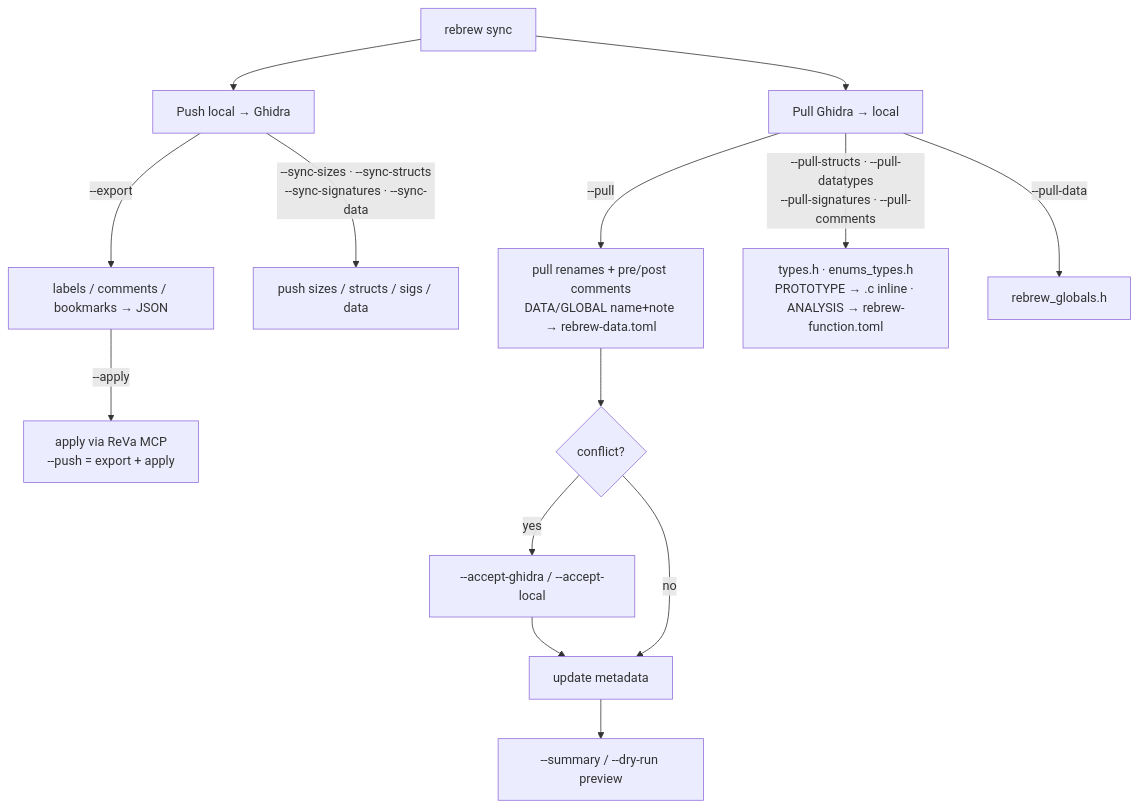
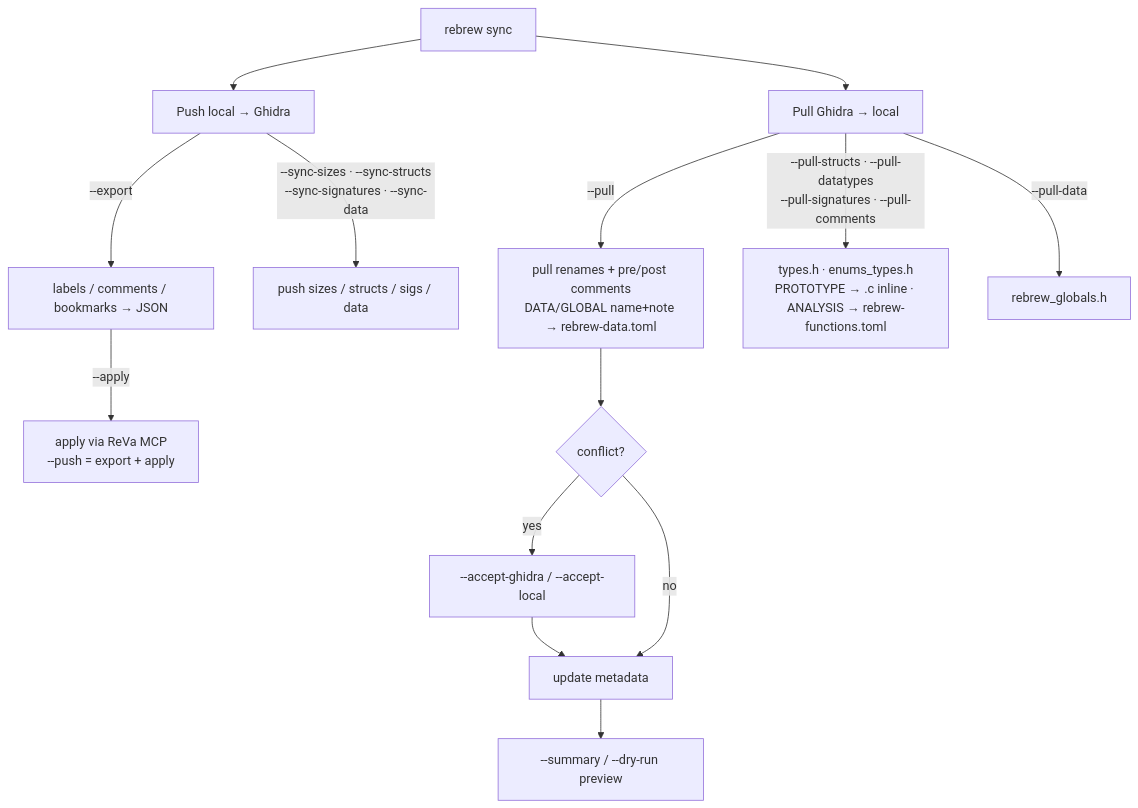
Before and after one commit to maci0/rebrew: the diagram in docs/GHIDRA_SYNC.md, drawn with Mermaid. The commit also changed other lines of this file and 99 other files, not shown here.

First line of the commit message:
refactor: rename rebrew-function.toml -> rebrew-functions.toml

````diff
--- a/docs/GHIDRA_SYNC.md
+++ b/docs/GHIDRA_SYNC.md
@@ -8,16 +8,16 @@
 ```mermaid
 graph TD
     Sync[rebrew sync] --> Push[Push local → Ghidra]
     Push -->|--export| Json[labels / comments / bookmarks → JSON]
     Json -->|--apply| MCP[apply via ReVa MCP<br/>--push = export + apply]
     Push -->|--sync-sizes · --sync-structs<br/>--sync-signatures · --sync-data| DTM[push sizes / structs / sigs / data]
     Sync --> Pull[Pull Ghidra → local]
     Pull -->|--pull| Renames[pull renames + pre/post comments<br/>DATA/GLOBAL name+note → rebrew-data.toml]
-    Pull -->|--pull-structs · --pull-datatypes<br/>--pull-signatures · --pull-comments| Headers[types.h · enums_types.h<br/>PROTOTYPE → .c inline · ANALYSIS → rebrew-function.toml]
+    Pull -->|--pull-structs · --pull-datatypes<br/>--pull-signatures · --pull-comments| Headers[types.h · enums_types.h<br/>PROTOTYPE → .c inline · ANALYSIS → rebrew-functions.toml]
     Pull -->|--pull-data| GlobalsH[rebrew_globals.h]
     Renames --> Conflict{conflict?}
     Conflict -->|yes| Decide[--accept-ghidra / --accept-local]
     Decide --> Update[update metadata]
     Conflict -->|no| Update
     Update --> Summary[--summary / --dry-run preview]
 ```
````
